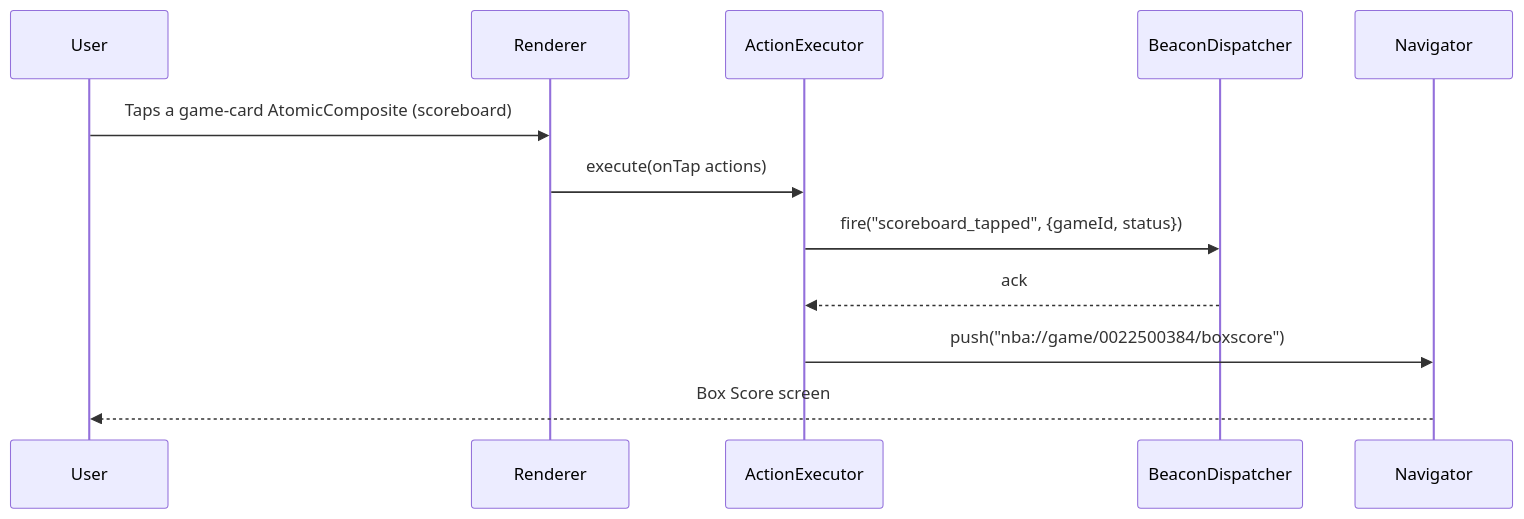
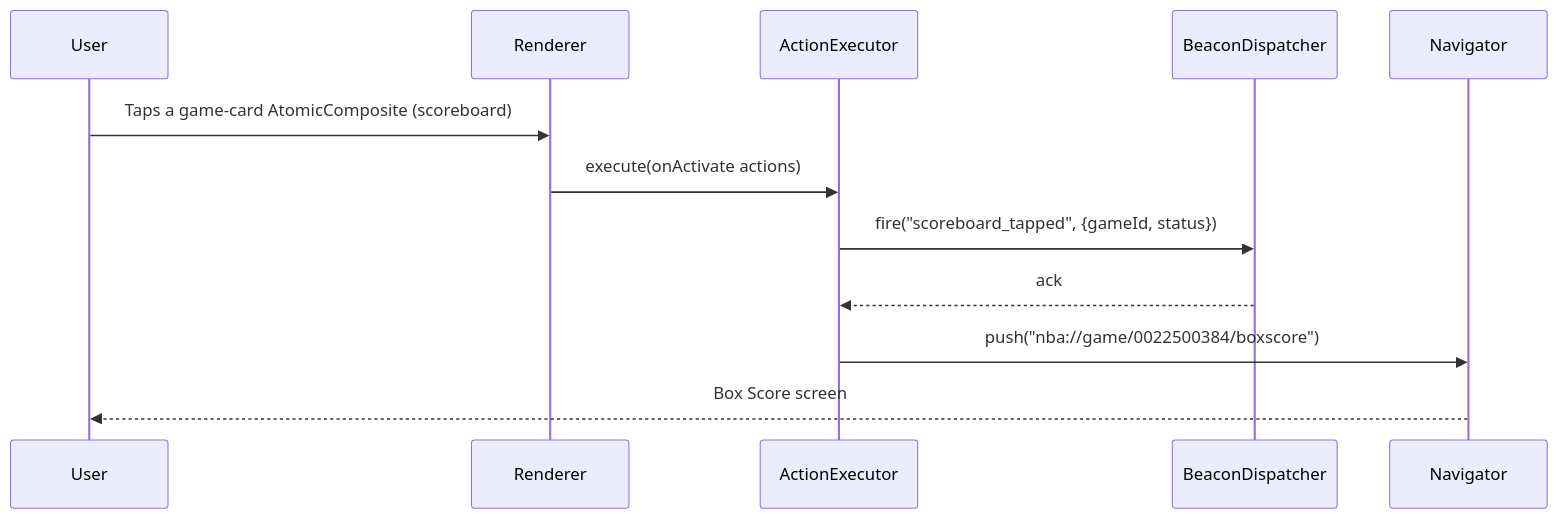
The fourth of 11 diagrams in docs/sdui-requirements-summary.md (bakburner/sdui-learn), drawn with Mermaid before and after one commit. The commit also changed other lines of this file and 11 other files, not shown here.

````diff
--- a/docs/sdui-requirements-summary.md
+++ b/docs/sdui-requirements-summary.md
@@ -320,15 +395,15 @@
 ```mermaid
 sequenceDiagram
     participant User
     participant Renderer
     participant ActionExecutor
     participant BeaconDispatcher
     participant Navigator
 
     User->>Renderer: Taps a game-card AtomicComposite (scoreboard)
-    Renderer->>ActionExecutor: execute(onTap actions)
+    Renderer->>ActionExecutor: execute(onActivate actions)
     ActionExecutor->>BeaconDispatcher: fire("scoreboard_tapped", {gameId, status})
     BeaconDispatcher-->>ActionExecutor: ack
     ActionExecutor->>Navigator: push("nba://game/0022500384/boxscore")
     Navigator-->>User: Box Score screen
 ```
````
